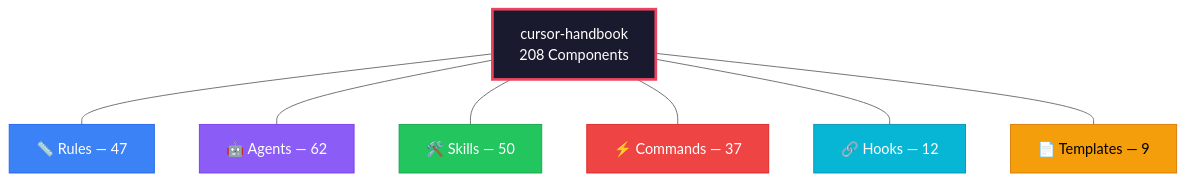
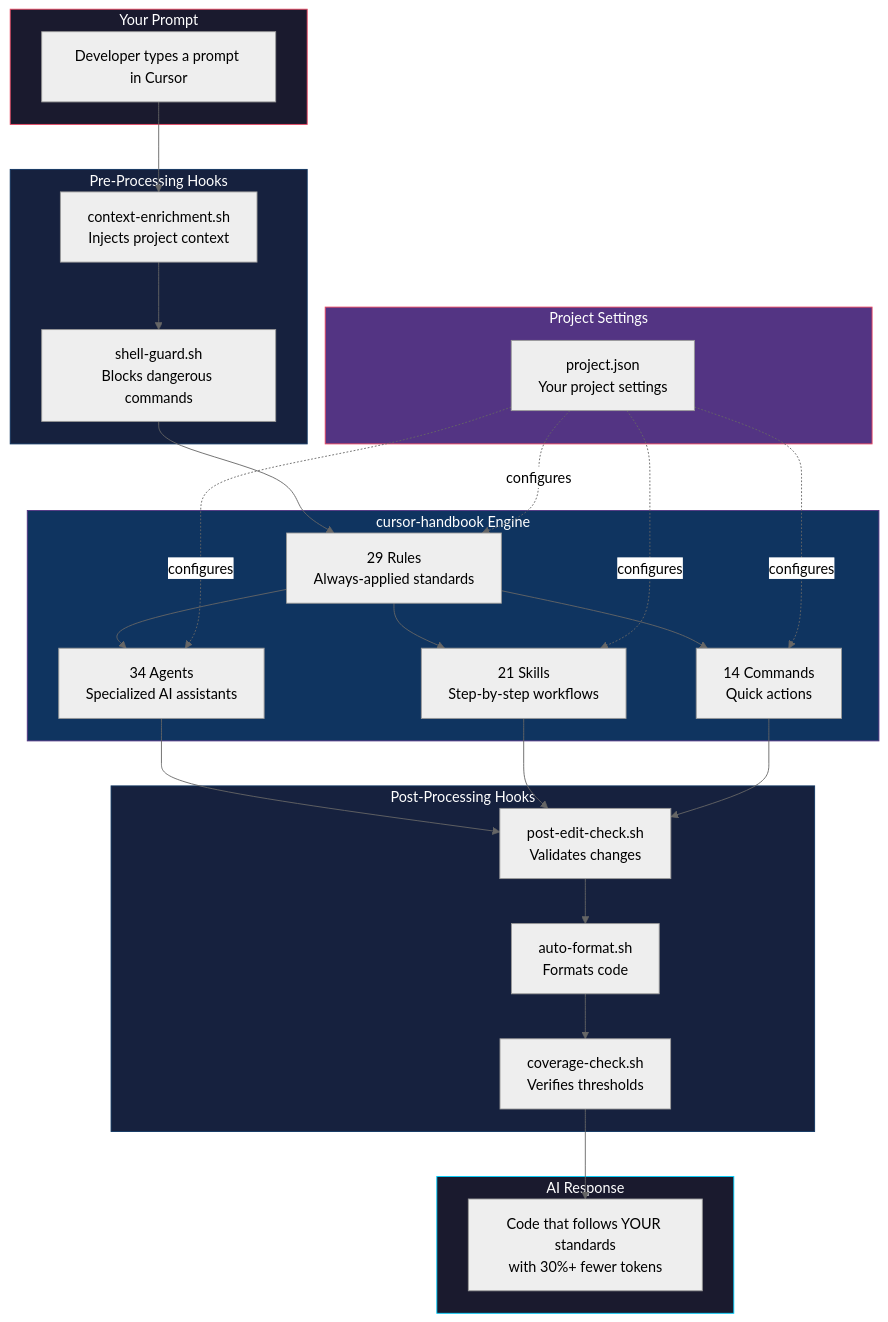
Before and after one commit to girijashankarj/cursor-handbook: the first of 11 diagrams in README.md, drawn with Mermaid (neutral theme). The commit also changed other lines of this file and 254 other files, not shown here.

````diff
--- a/README.md
+++ b/README.md
@@ -179,19 +104,44 @@
 ```mermaid
-graph TD
-    ROOT["cursor-handbook<br/>208 Components"]
+graph TB
+    subgraph INPUT ["Your Prompt"]
+        A[Developer types a prompt in Cursor]
+    end
 
-    ROOT --- RULES["📏 Rules — 47"]
-    ROOT --- AGENTS["🤖 Agents — 62"]
-    ROOT --- SKILLS["🛠️ Skills — 50"]
-    ROOT --- COMMANDS["⚡ Commands — 37"]
-    ROOT --- HOOKS["🔗 Hooks — 12"]
-    ROOT --- TEMPLATES["📄 Templates — 9"]
+    subgraph HOOKS_PRE ["Pre-Processing Hooks"]
+        B[context-enrichment.sh<br/>Injects project context]
+        C[shell-guard.sh<br/>Blocks dangerous commands]
+    end
 
-    style ROOT fill:#1a1a2e,stroke:#e94560,color:#fff,stroke-width:3px
-    style RULES fill:#3b82f6,stroke:#2563eb,color:#fff
-    style AGENTS fill:#8b5cf6,stroke:#7c3aed,color:#fff
-    style SKILLS fill:#22c55e,stroke:#16a34a,color:#fff
-    style COMMANDS fill:#ef4444,stroke:#dc2626,color:#fff
-    style HOOKS fill:#06b6d4,stroke:#0891b2,color:#fff
-    style TEMPLATES fill:#f59e0b,stroke:#d97706,color:#000
+    subgraph ENGINE ["cursor-handbook Engine"]
+        D[29 Rules<br/>Always-applied standards]
+        E[34 Agents<br/>Specialized AI assistants]
+        F[21 Skills<br/>Step-by-step workflows]
+        G[14 Commands<br/>Quick actions]
+    end
+
+    subgraph CONFIG ["Project Settings"]
+        H[project.json<br/>Your project settings]
+    end
+
+    subgraph HOOKS_POST ["Post-Processing Hooks"]
+        I[post-edit-check.sh<br/>Validates changes]
+        J[auto-format.sh<br/>Formats code]
+        K[coverage-check.sh<br/>Verifies thresholds]
+    end
+
+    subgraph OUTPUT ["AI Response"]
+        L[Code that follows YOUR standards<br/>with 30%+ fewer tokens]
+    end
+
+    A --> B --> C --> D
+    D --> E & F & G
+    H -.->|configures| D & E & F & G
+    E & F & G --> I --> J --> K --> L
+
+    style INPUT fill:#1a1a2e,stroke:#e94560,color:#fff
+    style HOOKS_PRE fill:#16213e,stroke:#0f3460,color:#fff
+    style ENGINE fill:#0f3460,stroke:#533483,color:#fff
+    style CONFIG fill:#533483,stroke:#e94560,color:#fff
+    style HOOKS_POST fill:#16213e,stroke:#0f3460,color:#fff
+    style OUTPUT fill:#1a1a2e,stroke:#00d2ff,color:#fff
 ```
````
